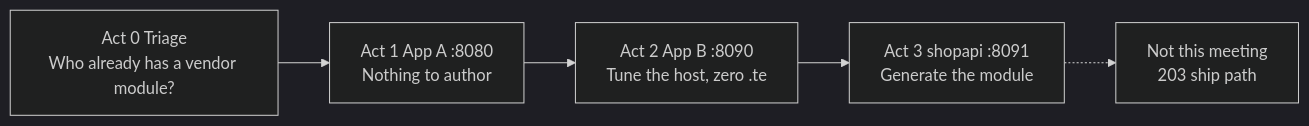
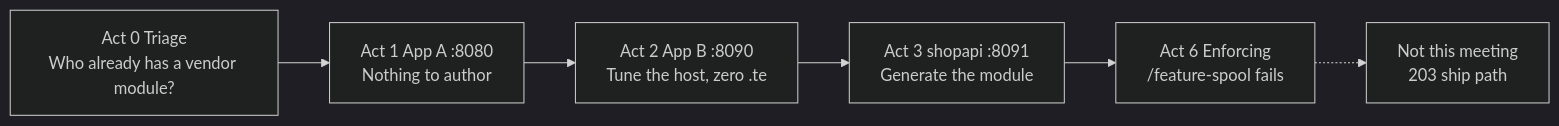
Before and after one commit to anurag-saran/selinux-pac: the first of 5 diagrams in docs/demo/202-DEMO_GUIDE.md, drawn with Mermaid (dark theme). The commit also changed other lines of this file and 2 other files, not shown here.

First line of the commit message:
Show the enforcing payoff as the last act of the customer talk.

````diff
--- a/docs/demo/202-DEMO_GUIDE.md
+++ b/docs/demo/202-DEMO_GUIDE.md
@@ -22,10 +22,11 @@
 ```mermaid
 flowchart LR
   act0["Act 0 Triage<br/>Who already has a vendor module?"]
   act1["Act 1 App A :8080<br/>Nothing to author"]
   act2["Act 2 App B :8090<br/>Tune the host, zero .te"]
   act3["Act 3 shopapi :8091<br/>Generate the module"]
+  act6["Act 6 Enforcing<br/>/feature-spool fails"]
   later["Not this meeting<br/>203 ship path"]
-  act0 --> act1 --> act2 --> act3
-  act3 -.-> later
+  act0 --> act1 --> act2 --> act3 --> act6
+  act6 -.-> later
 ```
````
